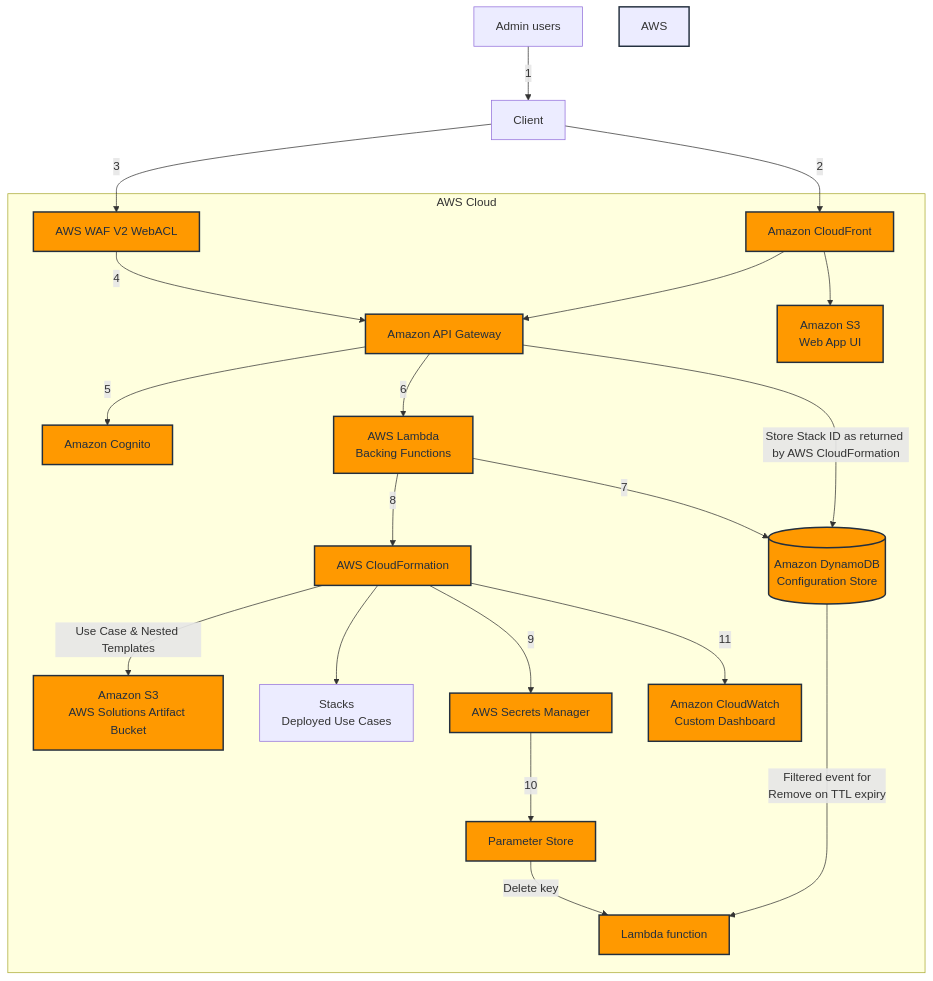
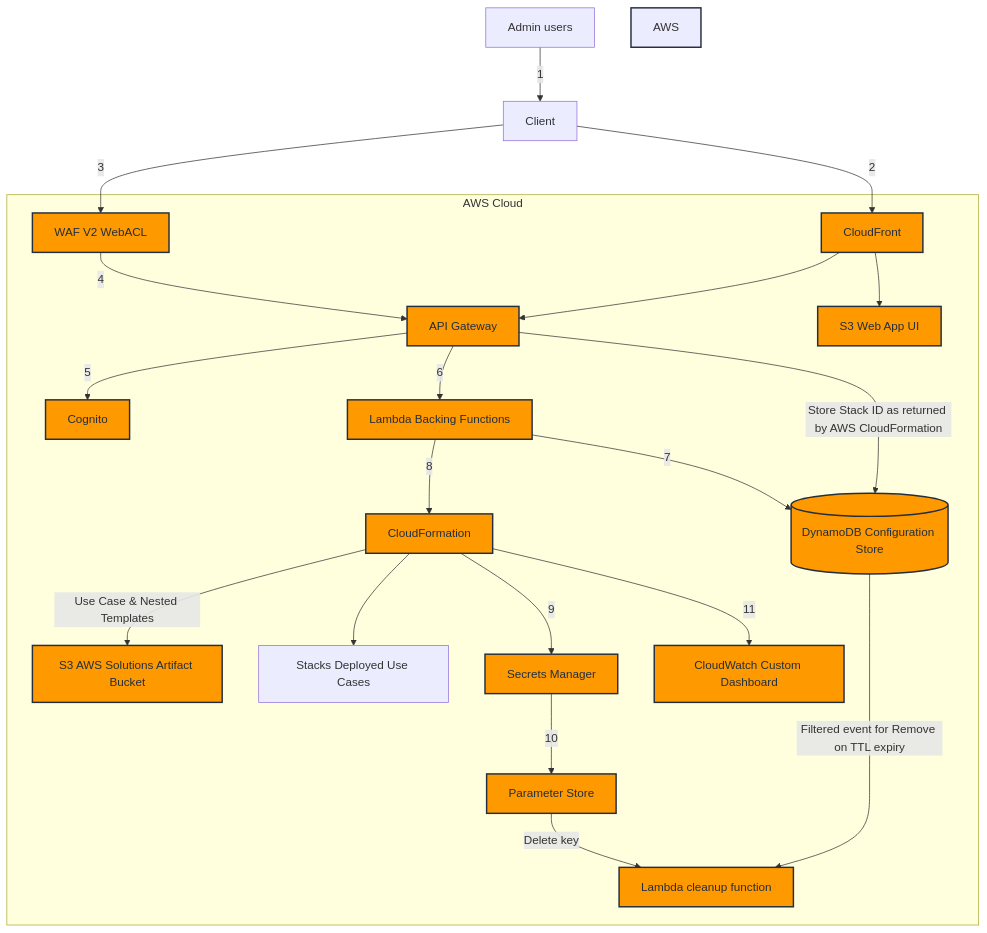
The diagram in diagrams/generative_ai_application_builder.mmd (jwalsh/aws-architecture-decomposition-lab), drawn with Mermaid before and after one commit. The commit also changed 6 other files, not shown here.

```diff
--- a/diagrams/generative_ai_application_builder.mmd
+++ b/diagrams/generative_ai_application_builder.mmd
@@ -1,42 +1,42 @@
 graph TD
     Users[Admin users] -->|1| Client
-    Client -->|2| CF[Amazon CloudFront]
-    Client -->|3| WAF[AWS WAF V2 WebACL]
-    WAF -->|4| APIG[Amazon API Gateway]
-    CF --> APIG
-    CF --> S3UI[Amazon S3\nWeb App UI]
-    APIG -->|5| Cognito[Amazon Cognito]
-    APIG -->|6| Lambda[AWS Lambda\nBacking Functions]
-    Lambda -->|7| DDB[(Amazon DynamoDB\nConfiguration Store)]
-    Lambda -->|8| CFN[AWS CloudFormation]
-    CFN -->|Use Case & Nested Templates| S3A[Amazon S3\nAWS Solutions Artifact Bucket]
-    CFN --> Stacks[Stacks\nDeployed Use Cases]
-    CFN -->|9| SM[AWS Secrets Manager]
-    SM -->|10| PS1[Parameter Store]
-    PS1 -->|Delete key| LambdaF[Lambda function]
-    DDB -->|Filtered event for\nRemove on TTL expiry| LambdaF
-    CFN -->|11| CW[Amazon CloudWatch\nCustom Dashboard]
+    Client -->|2| cloudfront:cdn[CloudFront]
+    Client -->|3| waf:acl[WAF V2 WebACL]
+    waf:acl -->|4| apigateway:api[API Gateway]
+    cloudfront:cdn --> apigateway:api
+    cloudfront:cdn --> s3:ui[S3 Web App UI]
+    apigateway:api -->|5| cognito:auth[Cognito]
+    apigateway:api -->|6| lambda:functions[Lambda Backing Functions]
+    lambda:functions -->|7| dynamodb:config[(DynamoDB Configuration Store)]
+    lambda:functions -->|8| cloudformation:service[CloudFormation]
+    cloudformation:service -->|Use Case & Nested Templates| s3:artifacts[S3 AWS Solutions Artifact Bucket]
+    cloudformation:service --> Stacks[Stacks Deployed Use Cases]
+    cloudformation:service -->|9| secretsmanager:secrets[Secrets Manager]
+    secretsmanager:secrets -->|10| ssm:paramstore[Parameter Store]
+    ssm:paramstore -->|Delete key| lambda:cleanup[Lambda cleanup function]
+    dynamodb:config -->|Filtered event for Remove on TTL expiry| lambda:cleanup
+    cloudformation:service -->|11| cloudwatch:dashboard[CloudWatch Custom Dashboard]
     
     subgraph AWS Cloud
-        CF
-        WAF
-        APIG
-        Cognito
-        Lambda
-        DDB
-        CFN
-        S3A
+        cloudfront:cdn
+        waf:acl
+        apigateway:api
+        cognito:auth
+        lambda:functions
+        dynamodb:config
+        cloudformation:service
+        s3:artifacts
         Stacks
-        SM
-        PS1
-        LambdaF
-        CW
-        S3UI
+        secretsmanager:secrets
+        ssm:paramstore
+        lambda:cleanup
+        cloudwatch:dashboard
+        s3:ui
     end
     
-    APIG -->|Store Stack ID as returned by AWS CloudFormation| DDB
+    apigateway:api -->|Store Stack ID as returned by AWS CloudFormation| dynamodb:config
     
     classDef awsService fill:#FF9900,stroke:#232F3E,stroke-width:2px,color:#232F3E;
-    class CF,WAF,APIG,Cognito,Lambda,DDB,CFN,S3A,SM,PS1,LambdaF,CW,S3UI awsService;
+    class cloudfront:cdn,waf:acl,apigateway:api,cognito:auth,lambda:functions,dynamodb:config,cloudformation:service,s3:artifacts,secretsmanager:secrets,ssm:paramstore,lambda:cleanup,cloudwatch:dashboard,s3:ui awsService;
     
     style AWS Cloud fill:#F7F7F7,stroke:#232F3E,stroke-width:2px;
```
